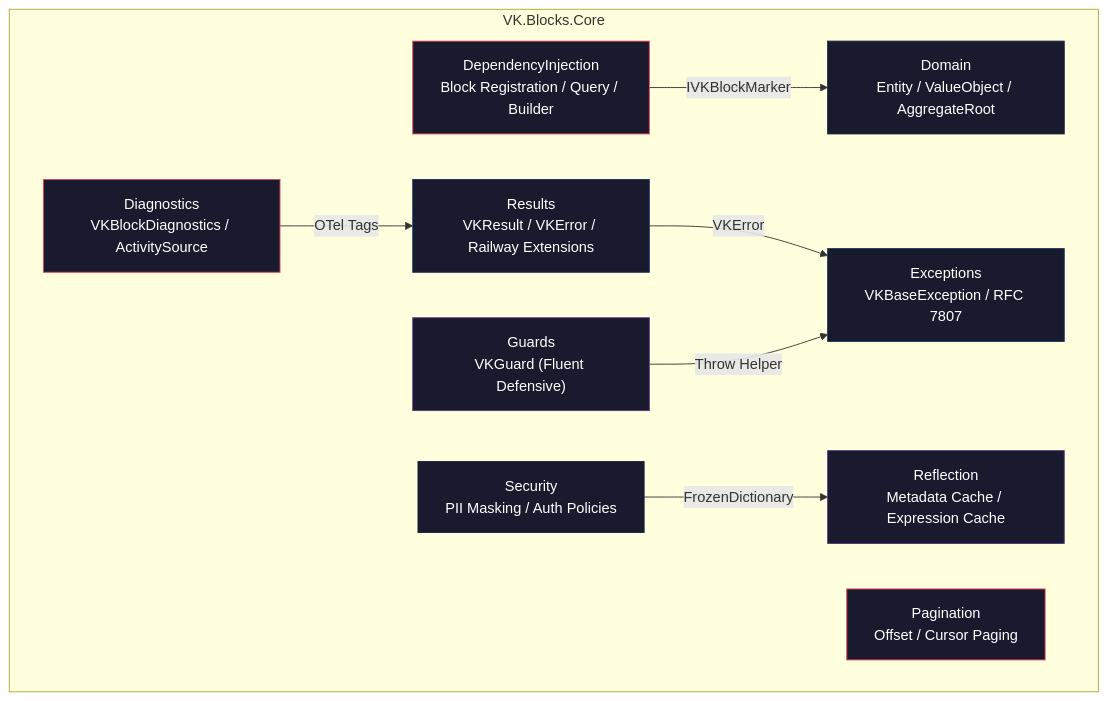
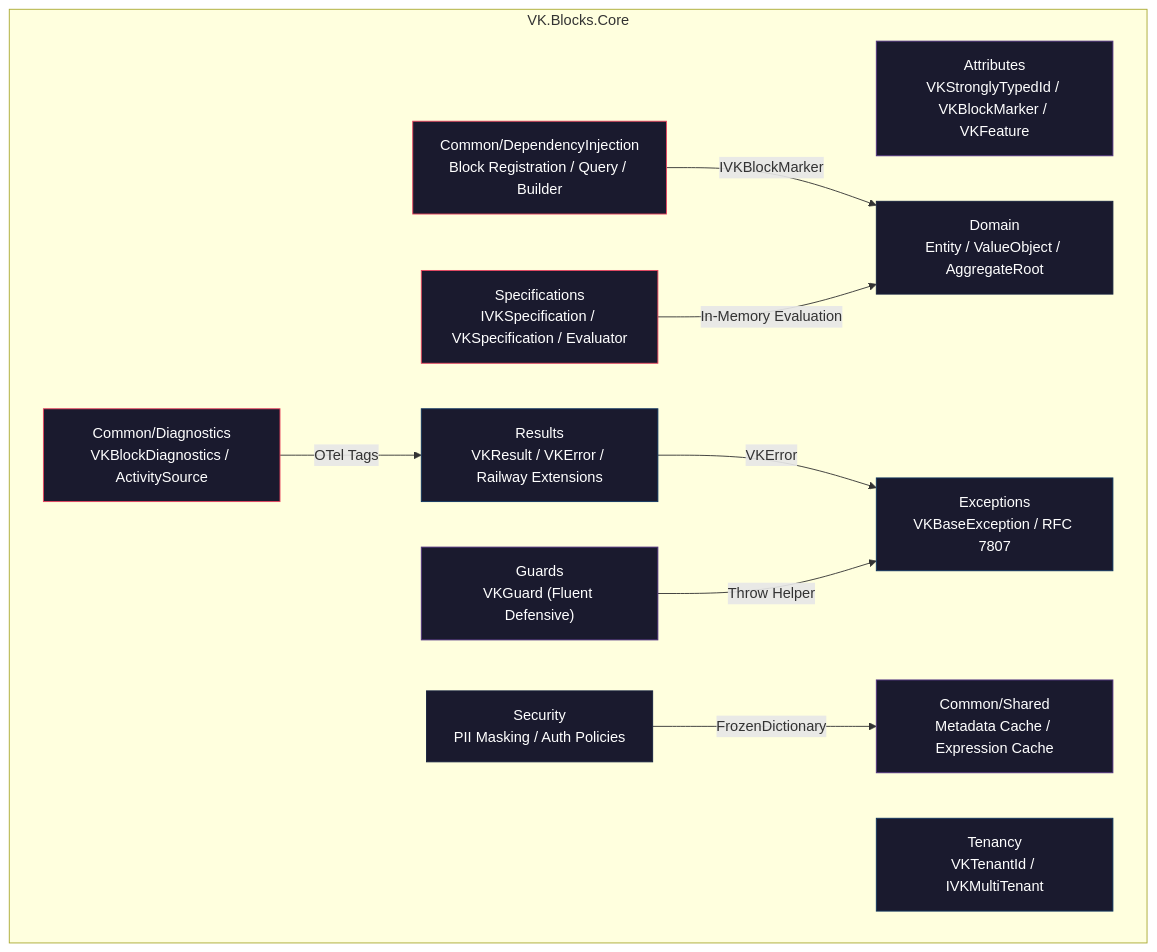
The diagram in src/BuildingBlocks/Core/README.md (ViktorLK/VK-Common-BE), drawn with Mermaid before and after one commit. The commit also changed other lines of this file and 350 other files, not shown here.

````diff
--- a/src/BuildingBlocks/Core/README.md
+++ b/src/BuildingBlocks/Core/README.md
@@ -21,30 +21,35 @@
 ```mermaid
 graph TD
     subgraph "VK.Blocks.Core"
-        DI["DependencyInjection<br/>Block Registration / Query / Builder"]
+        Attributes["Attributes<br/>VKStronglyTypedId / VKBlockMarker / VKFeature"]
+        DI["Common/DependencyInjection<br/>Block Registration / Query / Builder"]
         Results["Results<br/>VKResult / VKError / Railway Extensions"]
         Domain["Domain<br/>Entity / ValueObject / AggregateRoot"]
         Guards["Guards<br/>VKGuard (Fluent Defensive)"]
-        Diagnostics["Diagnostics<br/>VKBlockDiagnostics / ActivitySource"]
+        Diagnostics["Common/Diagnostics<br/>VKBlockDiagnostics / ActivitySource"]
         Exceptions["Exceptions<br/>VKBaseException / RFC 7807"]
         Security["Security<br/>PII Masking / Auth Policies"]
-        Reflection["Reflection<br/>Metadata Cache / Expression Cache"]
-        Pagination["Pagination<br/>Offset / Cursor Paging"]
+        Shared["Common/Shared<br/>Metadata Cache / Expression Cache"]
+        Tenancy["Tenancy<br/>VKTenantId / IVKMultiTenant"]
+        Specifications["Specifications<br/>IVKSpecification / VKSpecification / Evaluator"]
     end
 
     DI -->|"IVKBlockMarker"| Domain
     Results -->|"VKError"| Exceptions
     Guards -->|"Throw Helper"| Exceptions
-    Security -->|"FrozenDictionary"| Reflection
+    Security -->|"FrozenDictionary"| Shared
     Diagnostics -->|"OTel Tags"| Results
+    Specifications -->|"In-Memory Evaluation"| Domain
 
+    style Attributes fill:#1a1a2e,stroke:#533483,color:#fff
     style DI fill:#1a1a2e,stroke:#e94560,color:#fff
     style Results fill:#1a1a2e,stroke:#0f3460,color:#fff
     style Domain fill:#1a1a2e,stroke:#16213e,color:#fff
     style Guards fill:#1a1a2e,stroke:#533483,color:#fff
     style Diagnostics fill:#1a1a2e,stroke:#e94560,color:#fff
     style Exceptions fill:#1a1a2e,stroke:#0f3460,color:#fff
     style Security fill:#1a1a2e,stroke:#16213e,color:#fff
-    style Reflection fill:#1a1a2e,stroke:#533483,color:#fff
-    style Pagination fill:#1a1a2e,stroke:#e94560,color:#fff
+    style Shared fill:#1a1a2e,stroke:#533483,color:#fff
+    style Tenancy fill:#1a1a2e,stroke:#0f3460,color:#fff
+    style Specifications fill:#1a1a2e,stroke:#e94560,color:#fff
 ```
````
